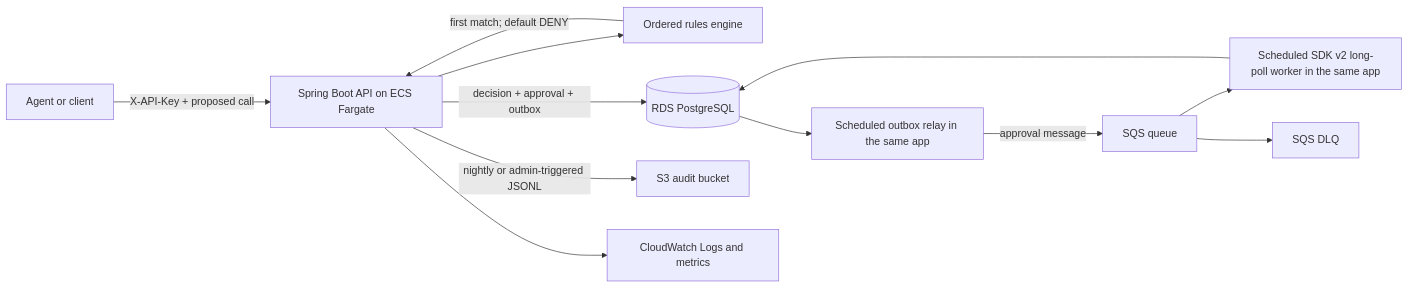
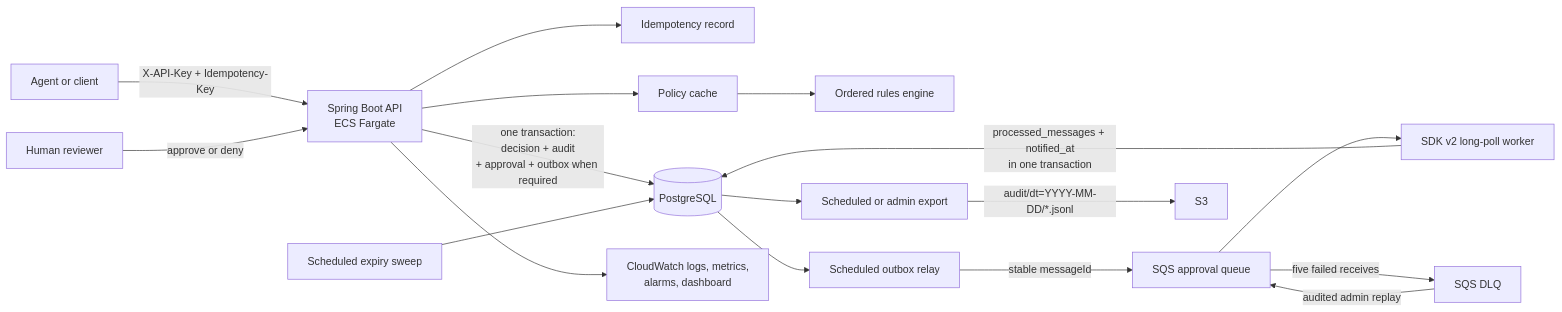
One commit to Aly700/agentops-gate changed the diagram in README.md. Above: the diagram before and after it, drawn with Mermaid. The commit also changed other lines of this file and 7 other files, not shown here.

````diff
--- a/README.md
+++ b/README.md
@@ -14,14 +22,19 @@
 ```mermaid
 flowchart LR
-    Agent[Agent or client] -->|X-API-Key + proposed call| API[Spring Boot API on ECS Fargate]
-    API --> Engine[Ordered rules engine]
-    Engine -->|first match; default DENY| API
-    API -->|decision + approval + outbox| DB[(RDS PostgreSQL)]
-    DB --> Relay[Scheduled outbox relay in the same app]
-    Relay -->|approval message| SQS[SQS queue]
-    SQS --> Worker[Scheduled SDK v2 long-poll worker in the same app]
-    Worker --> DB
-    API -->|nightly or admin-triggered JSONL| S3[S3 audit bucket]
-    API --> Logs[CloudWatch Logs and metrics]
-    SQS --> DLQ[SQS DLQ]
+    Client[Agent or client] -->|X-API-Key + Idempotency-Key| API[Spring Boot API<br/>ECS Fargate]
+    API --> Idem[Idempotency record]
+    API --> Cache[Policy cache]
+    Cache --> Rules[Ordered rules engine]
+    API -->|one transaction:<br/>decision + audit<br/>+ approval + outbox when required| DB[(PostgreSQL)]
+    DB --> Relay[Scheduled outbox relay]
+    Relay -->|stable messageId| Queue[SQS approval queue]
+    Queue --> Worker[SDK v2 long-poll worker]
+    Worker -->|processed_messages + notified_at<br/>in one transaction| DB
+    Queue -->|five failed receives| DLQ[SQS DLQ]
+    DLQ -->|audited admin replay| Queue
+    Reviewer[Human reviewer] -->|approve or deny| API
+    Expiry[Scheduled expiry sweep] --> DB
+    DB --> Export[Scheduled or admin export]
+    Export -->|audit/dt=YYYY-MM-DD/*.jsonl| S3[S3]
+    API --> Metrics[CloudWatch logs, metrics,<br/>alarms, dashboard]
 ```
````
